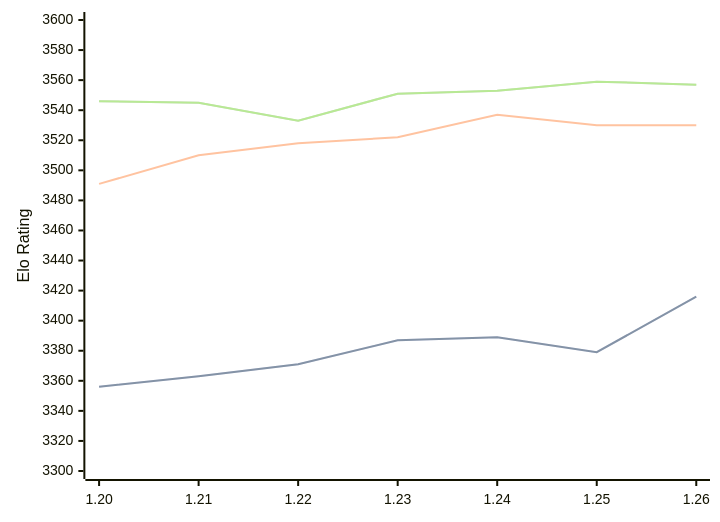
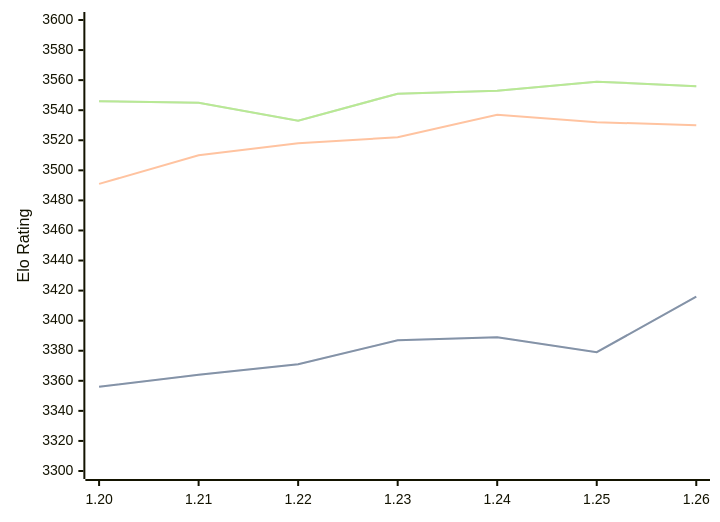
One commit to computer-chess-index/cci changed the diagram in engines/Caissa.md. Above: the diagram before and after it, drawn with Mermaid. The commit also changed other lines of this file, not shown here.

Commit message:
Update CCI Ratings (ELO VLTC) - 2026-08-27

````diff
--- a/engines/Caissa.md
+++ b/engines/Caissa.md
@@ -37,11 +37,11 @@
 ```mermaid
 %%{init: {"theme":"base","themeVariables":{"seriesColors:['#a3a3a3','#222221','#faa371']}}}%%
 xychart-beta
   x-axis ["1.20", "1.21", "1.22", "1.23", "1.24", "1.25", "1.26"]
   y-axis "Elo Rating" 3300 --> 3600
-  line "STC (8.0+0.08s)" [3356, 3363, 3371, 3387, 3389, 3379, 3416]
-  line "STC (8.0+0.08s)" [3356, 3363, 3371, 3387, 3389, 3379, 3416]
-  line "LTC (60.0+0.60s)" [3491, 3510, 3518, 3522, 3537, 3530, 3530]
-  line "VLTC (2m24s+1.12s)" [3546, 3545, 3533, 3551, 3553, 3559, 3557]
-  line "VLTC (2m24s+1.12s)" [3546, 3545, 3533, 3551, 3553, 3559, 3557]
+  line "STC (8.0+0.08s)" [3356, 3364, 3371, 3387, 3389, 3379, 3416]
+  line "STC (8.0+0.08s)" [3356, 3364, 3371, 3387, 3389, 3379, 3416]
+  line "LTC (60.0+0.60s)" [3491, 3510, 3518, 3522, 3537, 3532, 3530]
+  line "VLTC (2m24s+1.12s)" [3546, 3545, 3533, 3551, 3553, 3559, 3556]
+  line "VLTC (2m24s+1.12s)" [3546, 3545, 3533, 3551, 3553, 3559, 3556]
 ```
````
